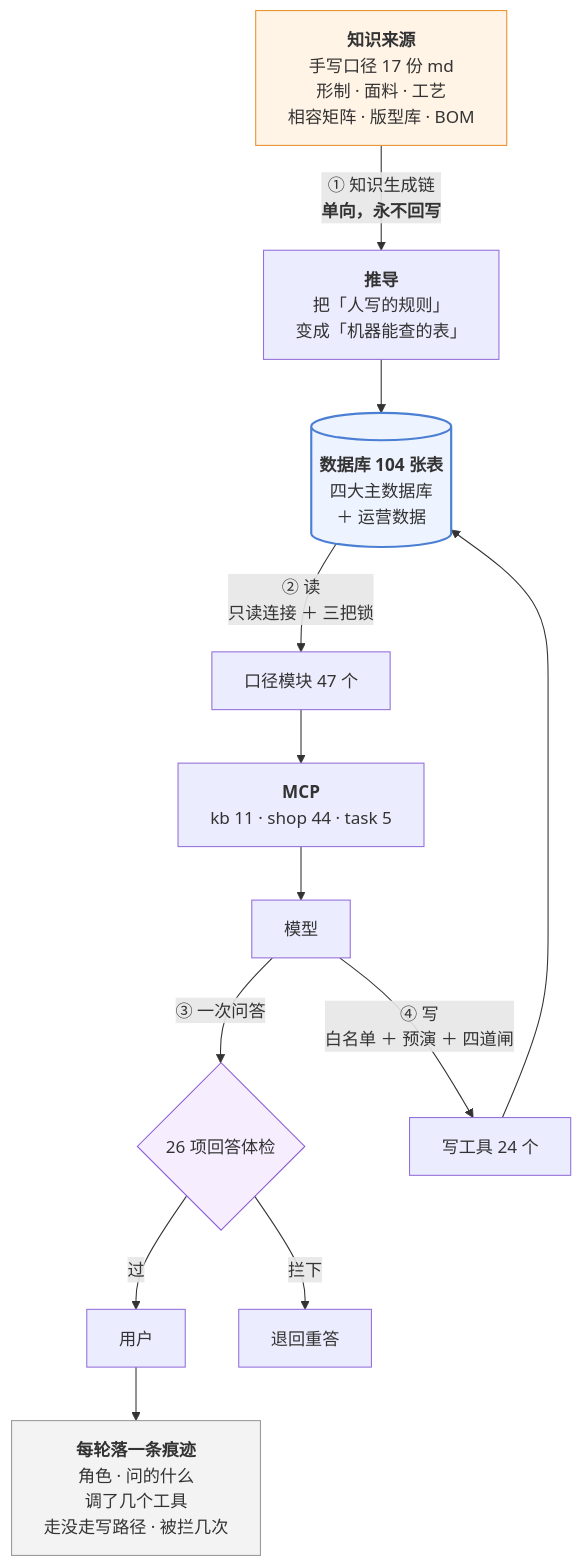
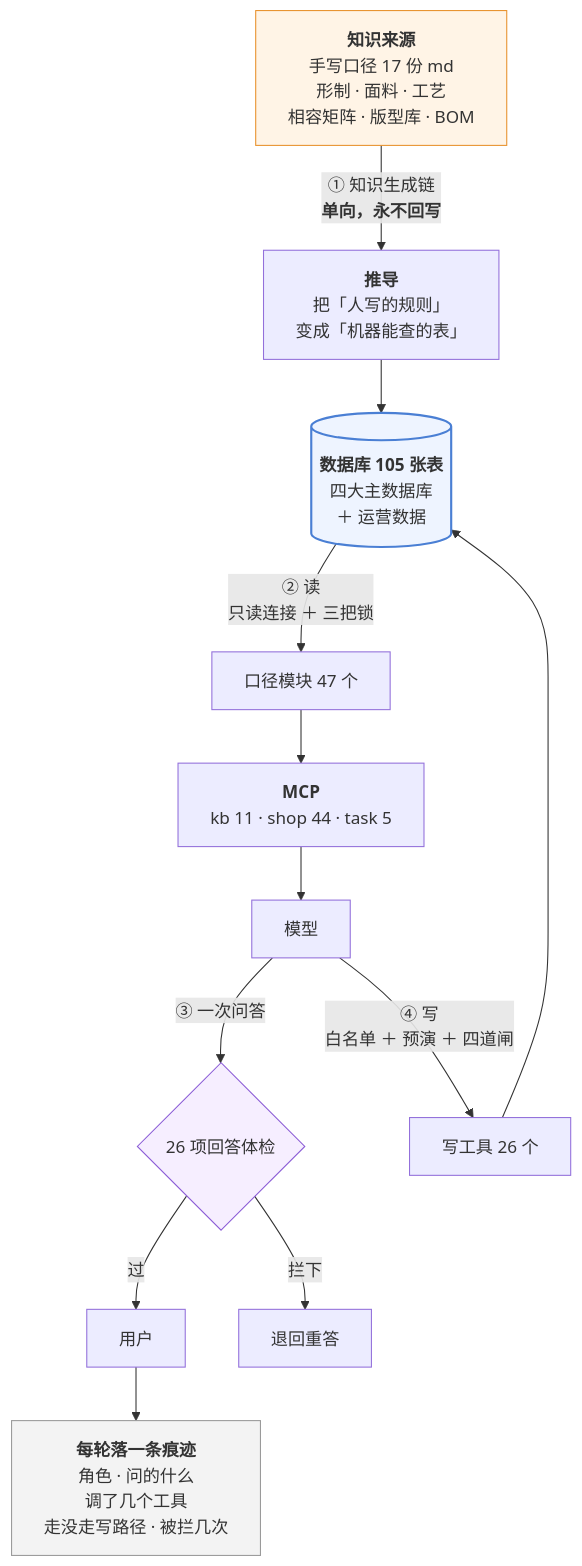
The third of 3 diagrams in 澜绣云裳agent-产品说明.md (843773296-rgb/lanxiu-yunshang-agent), drawn with Mermaid before and after one commit. The commit also changed other lines of this file and 13 other files, not shown here.

````diff
--- a/澜绣云裳agent-产品说明.md
+++ b/澜绣云裳agent-产品说明.md
@@ -940,24 +940,24 @@
 ```mermaid
 flowchart TD
     MD["<b>知识来源</b><br/>手写口径 17 份 md<br/>形制 · 面料 · 工艺<br/>相容矩阵 · 版型库 · BOM"]
     MD -->|"① 知识生成链<br/><b>单向，永不回写</b>"| DV["<b>推导</b><br/>把「人写的规则」<br/>变成「机器能查的表」"]
-    DV --> DB[("<b>数据库 104 张表</b><br/>四大主数据库<br/>＋ 运营数据")]
+    DV --> DB[("<b>数据库 105 张表</b><br/>四大主数据库<br/>＋ 运营数据")]
 
     DB -->|"② 读<br/>只读连接 ＋ 三把锁"| KJ["口径模块 47 个"]
     KJ --> MCP["<b>MCP</b><br/>kb 11 · shop 44 · task 5"]
     MCP --> LLM["模型"]
 
     LLM -->|"③ 一次问答"| GD{"26 项回答体检"}
     GD -- 过 --> U["用户"]
     GD -- 拦下 --> RE["退回重答"]
 
-    LLM -->|"④ 写<br/>白名单 ＋ 预演 ＋ 四道闸"| W["写工具 24 个"]
+    LLM -->|"④ 写<br/>白名单 ＋ 预演 ＋ 四道闸"| W["写工具 26 个"]
     W --> DB
 
     U --> TR["<b>每轮落一条痕迹</b><br/>角色 · 问的什么<br/>调了几个工具<br/>走没走写路径 · 被拦几次"]
 
     style MD fill:#fff4e6,stroke:#e8912d
     style DB fill:#eef4ff,stroke:#4a7fd4,stroke-width:2px
     style GD fill:#f6eeff,stroke:#8b5cd6
     style TR fill:#f3f3f3,stroke:#999
 ```
````
